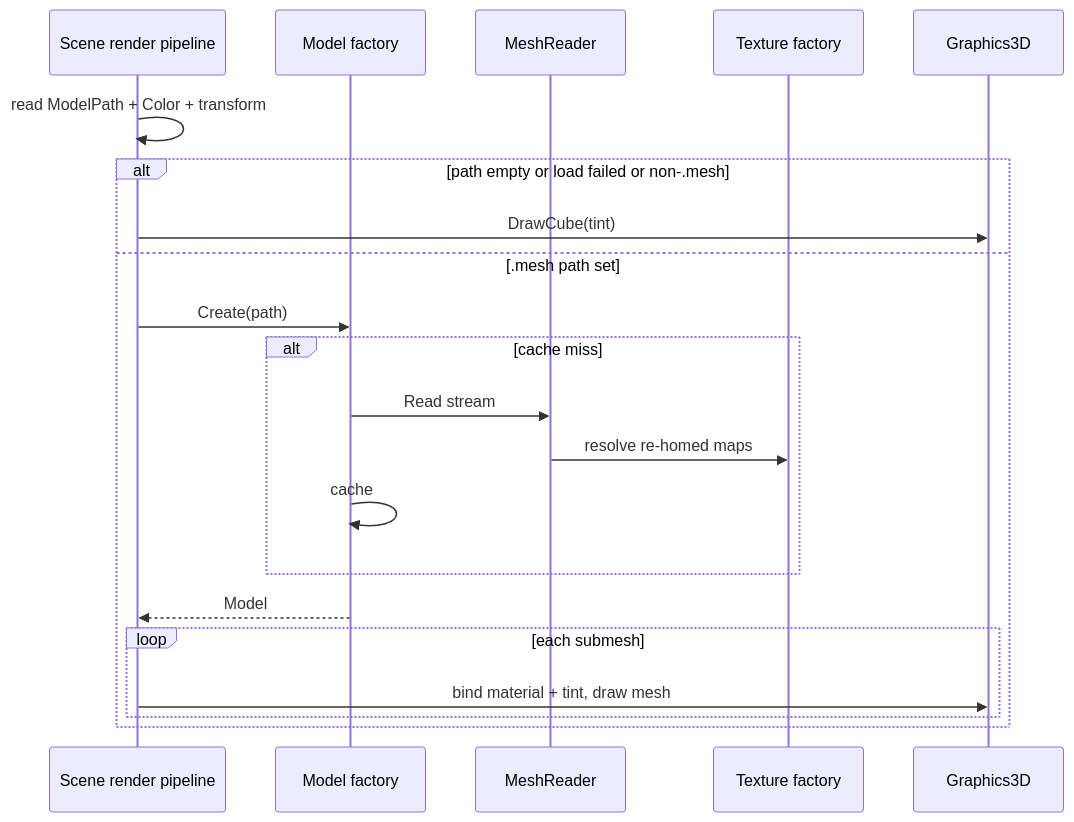
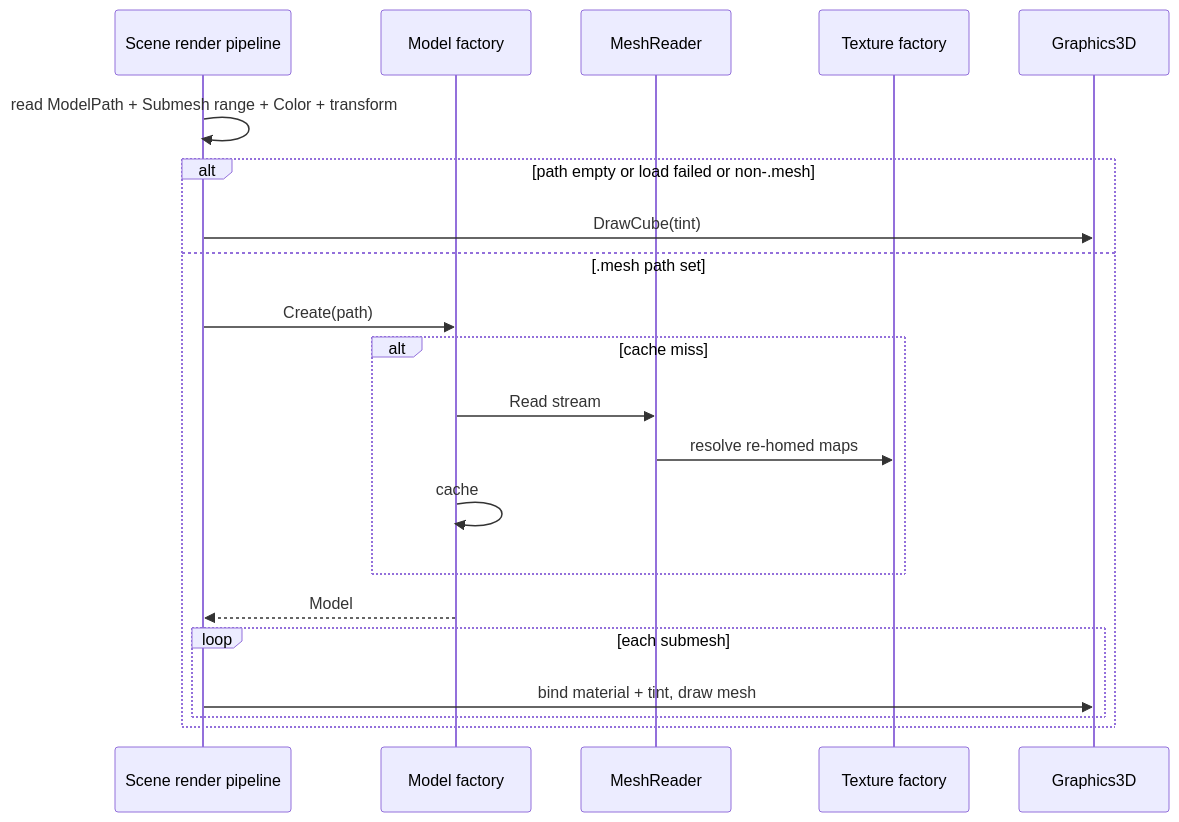
The second of 2 diagrams in docs/specs/3d-model-loading/developer-guide.md (kateusz/GameEngine), drawn with Mermaid before and after one commit. The commit also changed other lines of this file and 21 other files, not shown here.

````diff
--- a/docs/specs/3d-model-loading/developer-guide.md
+++ b/docs/specs/3d-model-loading/developer-guide.md
@@ -150,24 +154,24 @@
 ```mermaid
 sequenceDiagram
   participant Pipeline as Scene render pipeline
   participant Factory as Model factory
   participant Reader as MeshReader
   participant Tex as Texture factory
   participant G3D as Graphics3D
 
-  Pipeline->>Pipeline: read ModelPath + Color + transform
+  Pipeline->>Pipeline: read ModelPath + Submesh range + Color + transform
   alt path empty or load failed or non-.mesh
     Pipeline->>G3D: DrawCube(tint)
   else .mesh path set
     Pipeline->>Factory: Create(path)
     alt cache miss
       Factory->>Reader: Read stream
       Reader->>Tex: resolve re-homed maps
       Factory->>Factory: cache
     end
     Factory-->>Pipeline: Model
     loop each submesh
       Pipeline->>G3D: bind material + tint, draw mesh
     end
   end
 ```
````
